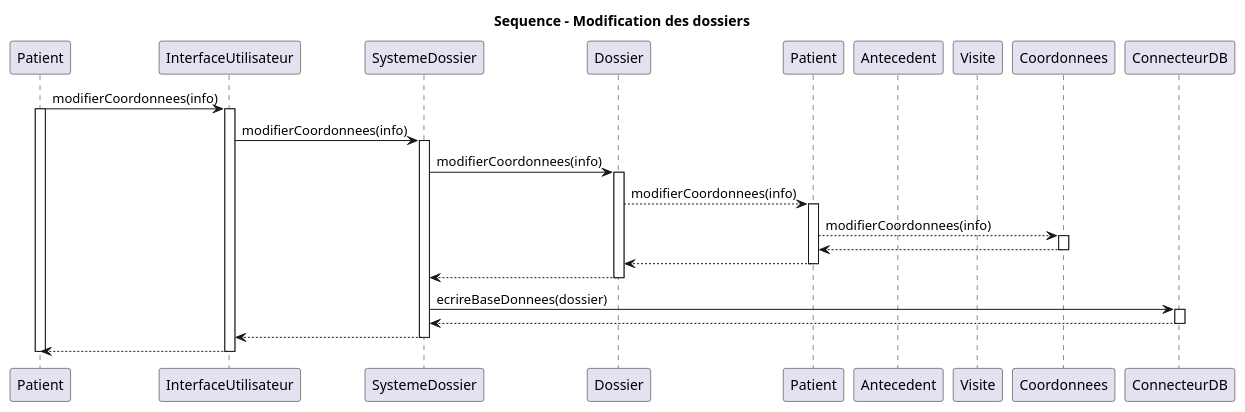
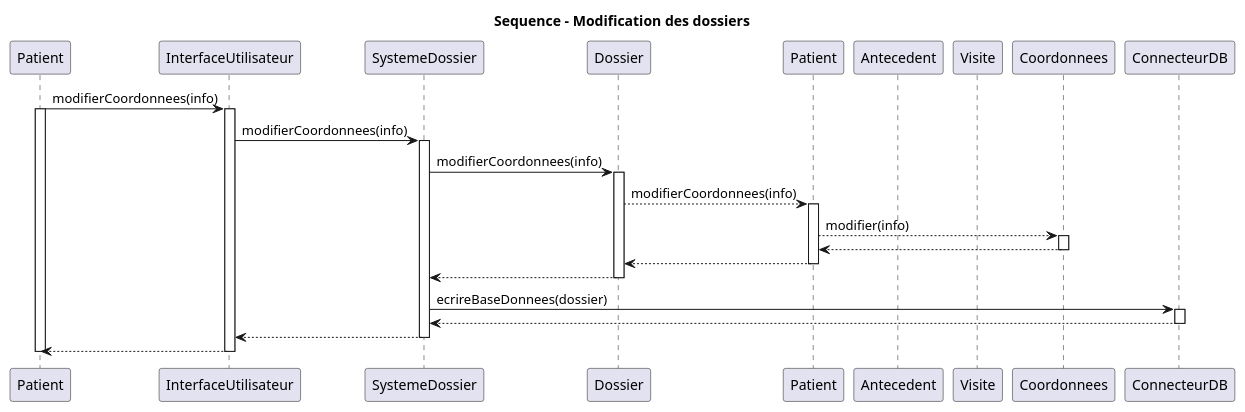
The diagram in seqModificationCoordonnees.puml (vbrayuqam/projet-genielog), drawn with PlantUML before and after one commit. The commit also changed 5 other files, not shown here.

```diff
--- a/seqModificationCoordonnees.puml
+++ b/seqModificationCoordonnees.puml
@@ -1,43 +1,43 @@
 @startuml sequenceModificationPatient
 
 title Sequence - Modification des dossiers
 
 participant Patient as M
 participant InterfaceUtilisateur as U
 participant SystemeDossier as S
 participant Dossier as D
 participant Patient as P
 participant Antecedent as A
 participant Visite as V
 participant Coordonnees as C
 participant ConnecteurDB as DB
 
 
 M -> U: modifierCoordonnees(info)
 activate M
 activate U
 U -> S: modifierCoordonnees(info)
 activate S
 S -> D: modifierCoordonnees(info)
 activate D
 D --> P: modifierCoordonnees(info)
 activate P
-P --> C: modifierCoordonnees(info)
+P --> C: modifier(info)
 activate C
 C --> P
 deactivate C
 P --> D
 deactivate P
 D --> S
 deactivate D
 S -> DB: ecrireBaseDonnees(dossier)
 activate DB
 DB --> S
 deactivate DB
 S --> U
 deactivate S
 U --> M
 deactivate U
 deactivate M
 
 @enduml
```
